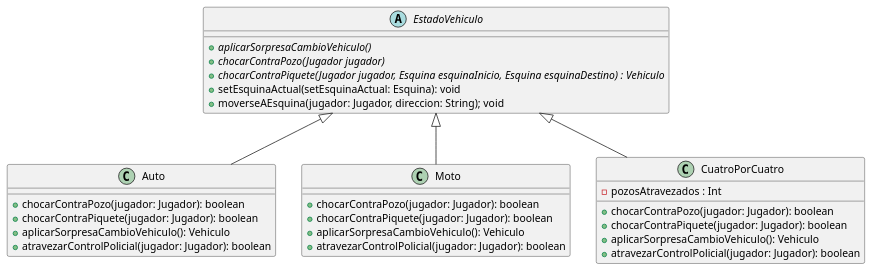
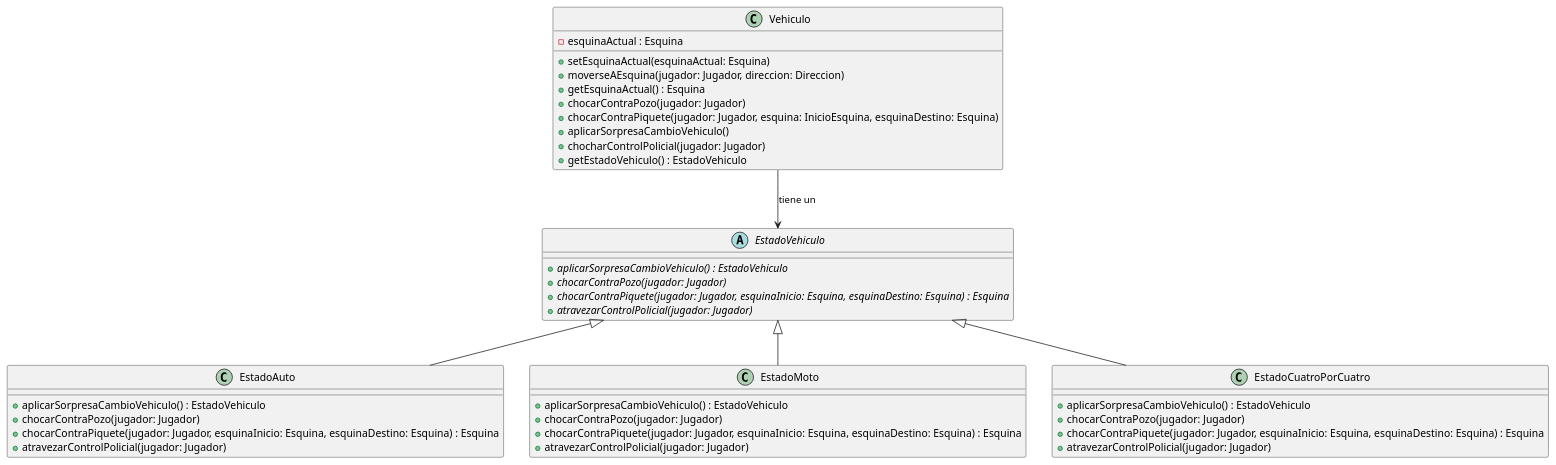
One commit to TP2Algo3FIUBA/tp2 changed the diagram in diagrams/classes/vehiculo.plantuml. Above: the diagram before and after it, drawn with PlantUML. The commit also changed 1 other file, not shown here.

Commit message:
Actualizacion diagrama clase UML

```diff
--- a/diagrams/classes/vehiculo.plantuml
+++ b/diagrams/classes/vehiculo.plantuml
@@ -1,40 +1,48 @@
 @startuml
 
     abstract class EstadoVehiculo {
-
-        + {abstract} aplicarSorpresaCambioVehiculo()
-        + {abstract} chocarContraPozo(Jugador jugador)
-        + {abstract} chocarContraPiquete(Jugador jugador, Esquina esquinaInicio, Esquina esquinaDestino) : Vehiculo
-        + setEsquinaActual(setEsquinaActual: Esquina): void
-        + moverseAEsquina(jugador: Jugador, direccion: String); void
+        + {abstract} aplicarSorpresaCambioVehiculo() : EstadoVehiculo
+        + {abstract} chocarContraPozo(jugador: Jugador)
+        + {abstract} chocarContraPiquete(jugador: Jugador, esquinaInicio: Esquina, esquinaDestino: Esquina) : Esquina
+        + {abstract} atravezarControlPolicial(jugador: Jugador)
     }
 
-    class Auto {
-        + chocarContraPozo(jugador: Jugador): boolean
-        + chocarContraPiquete(jugador: Jugador): boolean
-        + aplicarSorpresaCambioVehiculo(): Vehiculo
-        + atravezarControlPolicial(jugador: Jugador): boolean
+    class EstadoAuto {
+        + aplicarSorpresaCambioVehiculo() : EstadoVehiculo
+        + chocarContraPozo(jugador: Jugador)
+        + chocarContraPiquete(jugador: Jugador, esquinaInicio: Esquina, esquinaDestino: Esquina) : Esquina
+        + atravezarControlPolicial(jugador: Jugador)
     }
 
-    class Moto {
-        + chocarContraPozo(jugador: Jugador): boolean
-        + chocarContraPiquete(jugador: Jugador): boolean
-        + aplicarSorpresaCambioVehiculo(): Vehiculo
-        + atravezarControlPolicial(jugador: Jugador): boolean
+    class EstadoMoto {
+        + aplicarSorpresaCambioVehiculo() : EstadoVehiculo
+        + chocarContraPozo(jugador: Jugador)
+        + chocarContraPiquete(jugador: Jugador, esquinaInicio: Esquina, esquinaDestino: Esquina) : Esquina
+        + atravezarControlPolicial(jugador: Jugador)
     }
 
-
-
-    class CuatroPorCuatro {
-        - pozosAtravezados : Int
-        + chocarContraPozo(jugador: Jugador): boolean
-        + chocarContraPiquete(jugador: Jugador): boolean
-        + aplicarSorpresaCambioVehiculo(): Vehiculo
-        + atravezarControlPolicial(jugador: Jugador): boolean
+    class EstadoCuatroPorCuatro {
+        + aplicarSorpresaCambioVehiculo() : EstadoVehiculo
+        + chocarContraPozo(jugador: Jugador)
+        + chocarContraPiquete(jugador: Jugador, esquinaInicio: Esquina, esquinaDestino: Esquina) : Esquina
+        + atravezarControlPolicial(jugador: Jugador)
     }
 
-   EstadoVehiculo <|-- Auto
-   EstadoVehiculo <|-- Moto
-   EstadoVehiculo <|-- CuatroPorCuatro
+    class Vehiculo {
+        - esquinaActual : Esquina
+        + setEsquinaActual(esquinaActual: Esquina)
+        + moverseAEsquina(jugador: Jugador, direccion: Direccion)
+        + getEsquinaActual() : Esquina
+        + chocarContraPozo(jugador: Jugador)
+        + chocarContraPiquete(jugador: Jugador, esquina: InicioEsquina, esquinaDestino: Esquina)
+        + aplicarSorpresaCambioVehiculo()
+        + chocharControlPolicial(jugador: Jugador)
+        + getEstadoVehiculo() : EstadoVehiculo
+    }
+
+   Vehiculo --> EstadoVehiculo : tiene un
+   EstadoVehiculo <|-- EstadoAuto
+   EstadoVehiculo <|-- EstadoMoto
+   EstadoVehiculo <|-- EstadoCuatroPorCuatro
 
 @enduml
```
